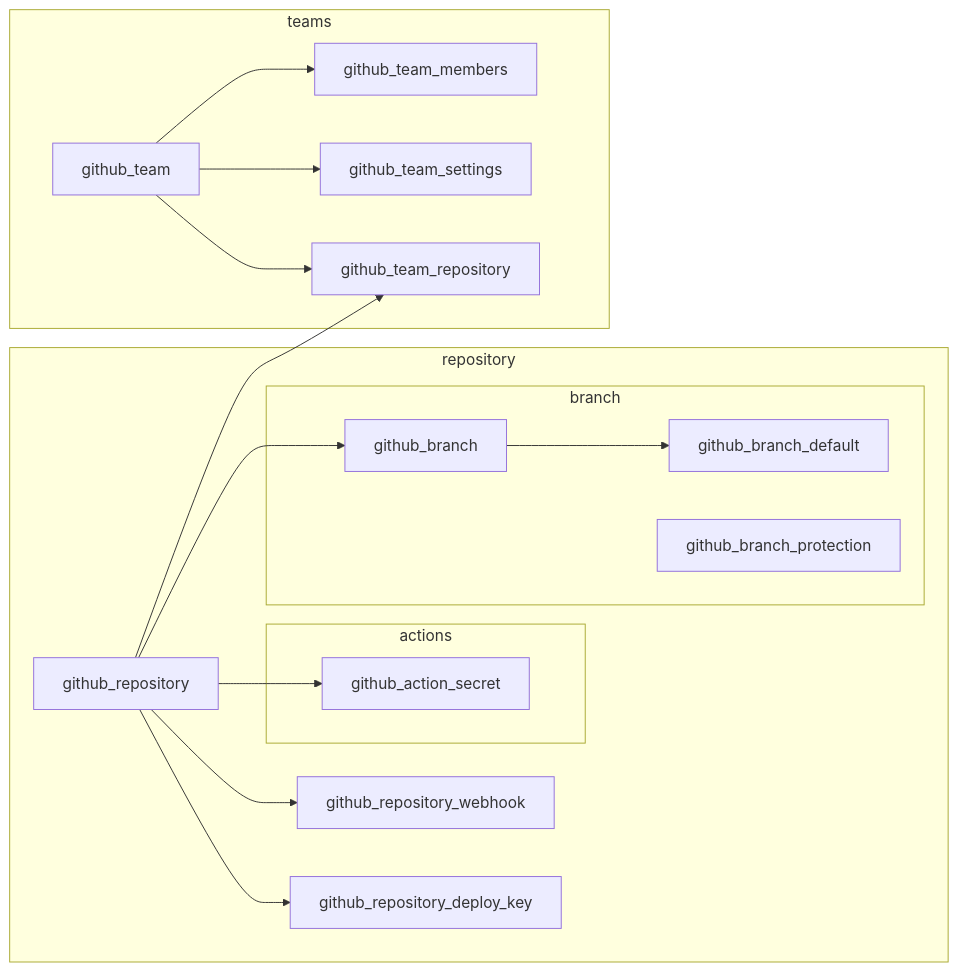
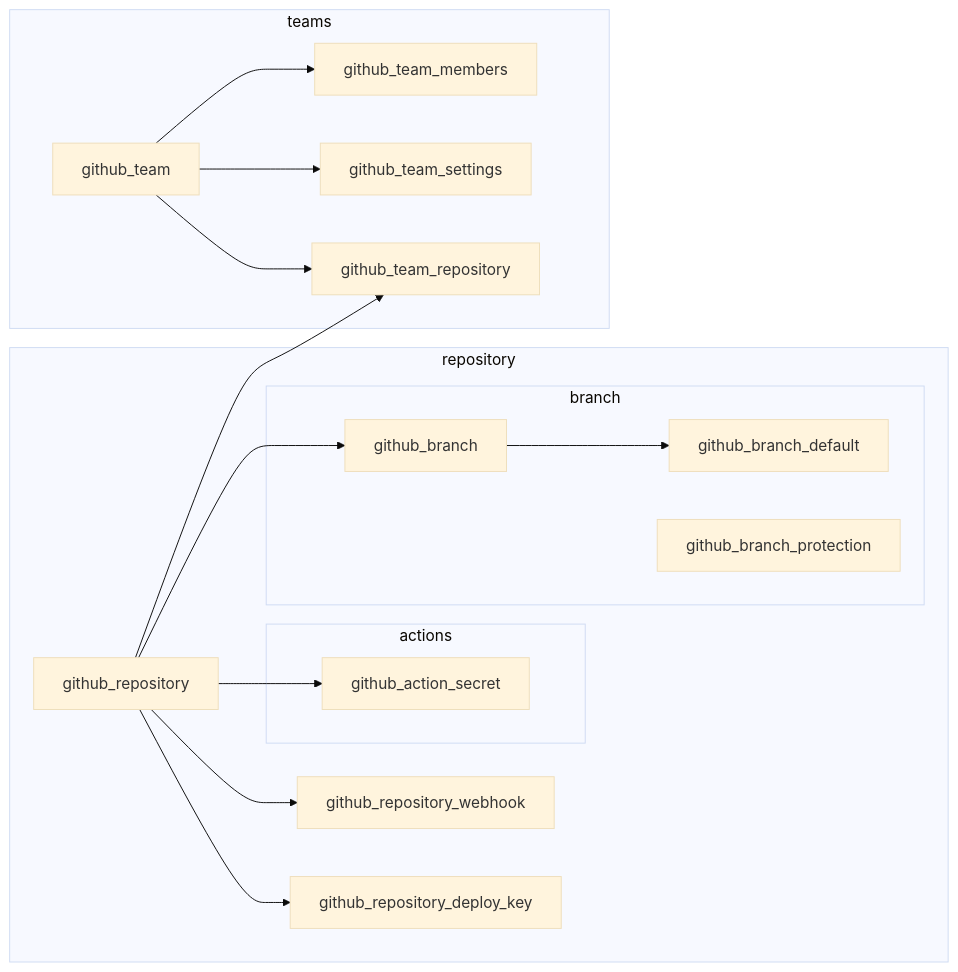
Before and after one commit to crossplane-contrib/provider-upjet-github: the first of 2 diagrams in docs/design.md, drawn with Mermaid. The commit also changed other lines of this file, not shown here.

````diff
--- a/docs/design.md
+++ b/docs/design.md
@@ -4,22 +4,23 @@
 ```mermaid
+%%{init: {'theme':'base'}}%%
 graph LR
     github_repository --> github_team_repository
     github_repository --> github_branch
     github_repository --> github_action_secret
     subgraph repository
         github_repository --> github_repository_webhook
         github_repository --> github_repository_deploy_key
         subgraph branch
             github_branch --> github_branch_default
             github_branch_protection
         end
         subgraph actions
             github_action_secret
         end
     end
     subgraph teams
         github_team --> github_team_members
         github_team --> github_team_settings
         github_team --> github_team_repository
     end
 ```
````
